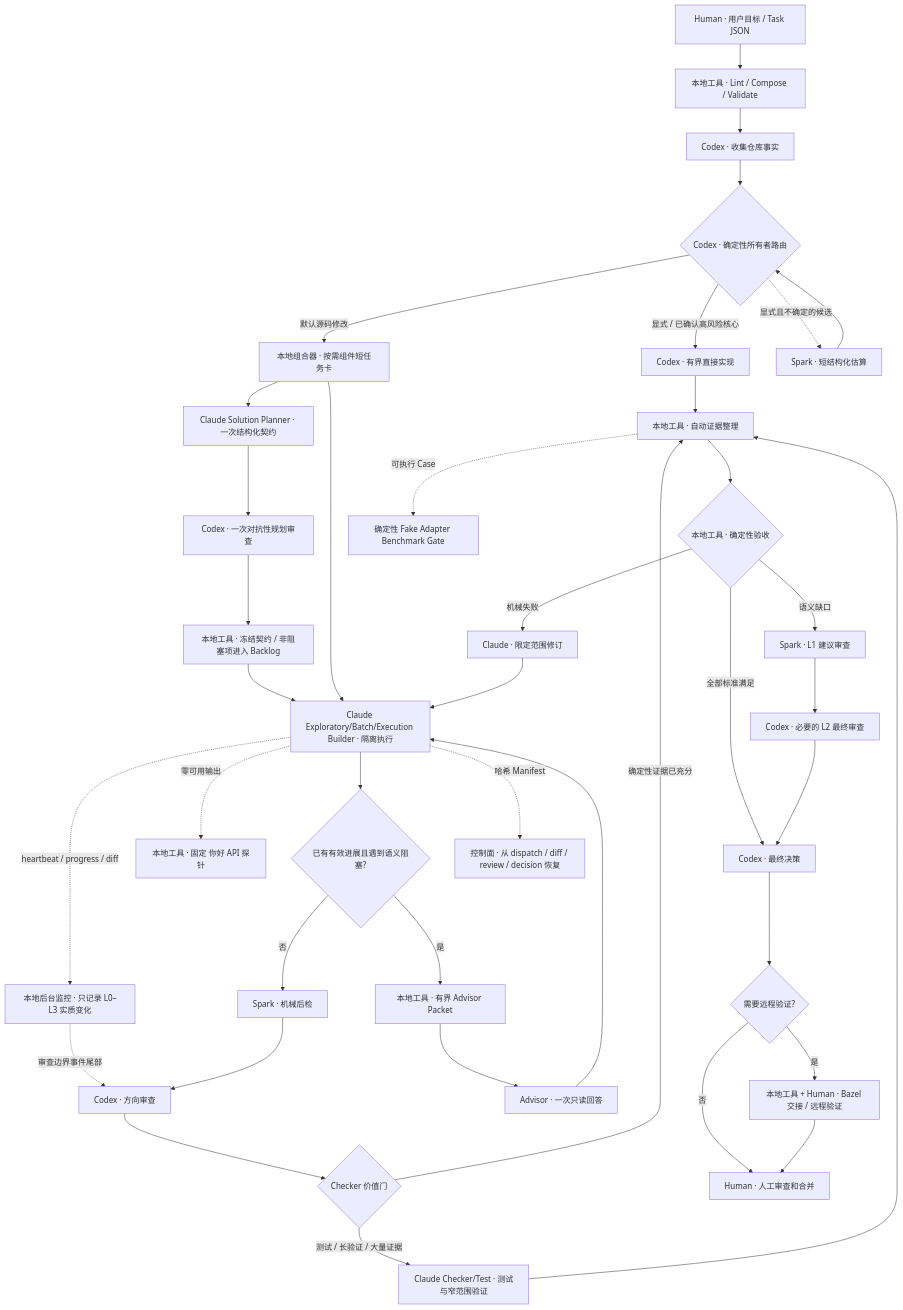
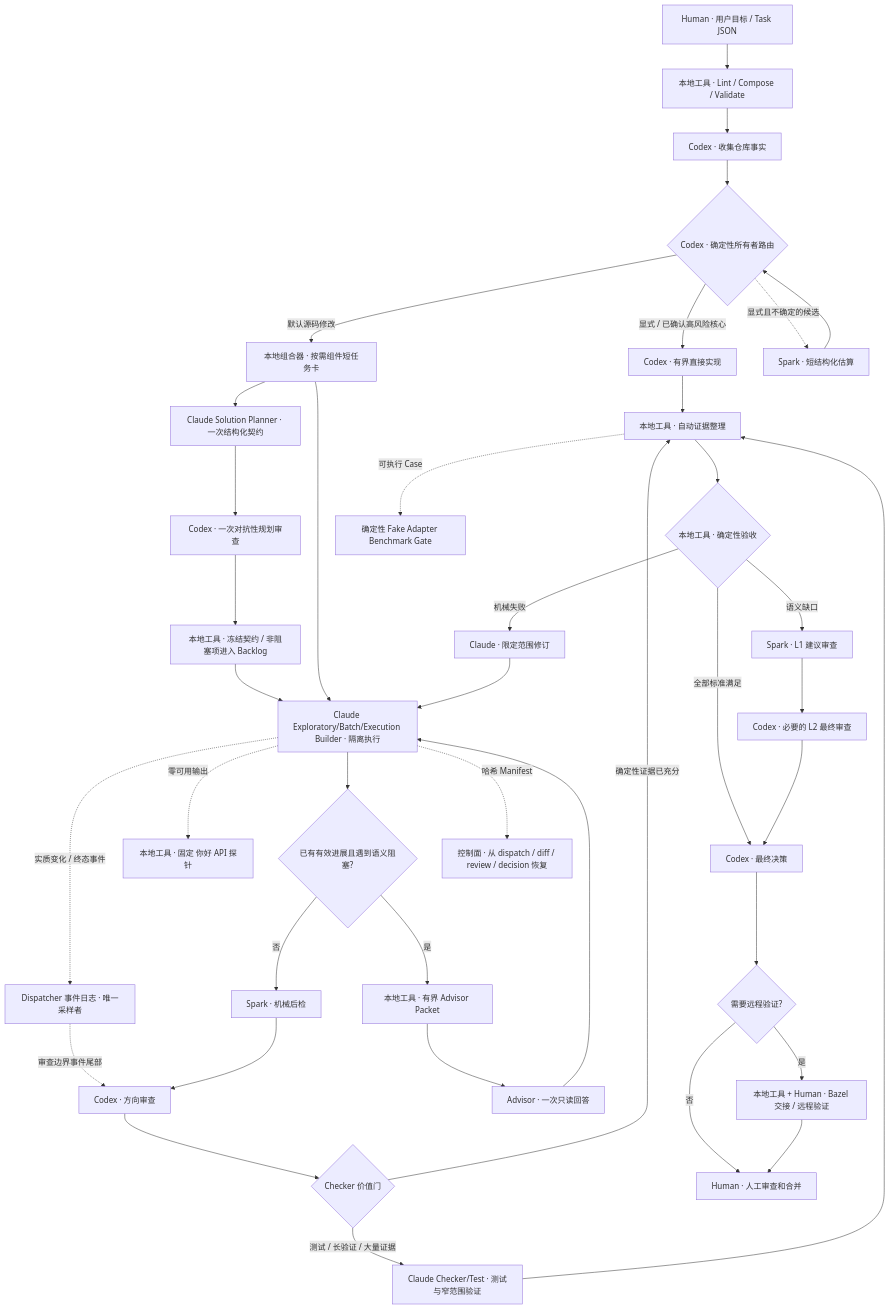
Before and after one commit to luozj1020/ai-coding-workflow: the diagram in README_CN.md, drawn with Mermaid. The commit also changed other lines of this file and 61 other files, not shown here.

````diff
--- a/README_CN.md
+++ b/README_CN.md
@@ -83,42 +85,42 @@
 ```mermaid
 flowchart TD
     U[Human · 用户目标 / Task JSON] --> L[本地工具 · Lint / Compose / Validate]
     L --> F[Codex · 收集仓库事实]
     F --> R{Codex · 确定性所有者路由}
     R -- 显式 / 已确认高风险核心 --> CD[Codex · 有界直接实现]
     CD --> E
     R -- 默认源码修改 --> C[本地组合器 · 按需组件短任务卡]
     C --> CPL[Claude Solution Planner · 一次结构化契约]
     CPL --> CAR[Codex · 一次对抗性规划审查]
     CAR --> CF[本地工具 · 冻结契约 / 非阻塞项进入 Backlog]
     CF --> D
     C --> D[Claude Exploratory/Batch/Execution Builder · 隔离执行]
     R -. 显式且不确定的候选 .-> S0[Spark · 短结构化估算]
     S0 --> R
-    D -. heartbeat / progress / diff .-> MON[本地后台监控 · 只记录 L0–L3 实质变化]
+    D -. 实质变化 / 终态事件 .-> MON[Dispatcher 事件日志 · 唯一采样者]
     MON -. 审查边界事件尾部 .-> CR
     D --> Q{已有有效进展且遇到语义阻塞?}
     Q -- 否 --> SP[Spark · 机械后检]
     Q -- 是 --> AP[本地工具 · 有界 Advisor Packet]
     AP --> AV[Advisor · 一次只读回答]
     AV --> D
     D -. 零可用输出 .-> HP[本地工具 · 固定 你好 API 探针]
     SP --> CR[Codex · 方向审查]
     CR --> CV{Checker 价值门}
     CV -- 确定性证据已充分 --> E
     CV -- 测试 / 长验证 / 大量证据 --> CT[Claude Checker/Test · 测试与窄范围验证]
     CT --> E[本地工具 · 自动证据整理]
     E --> A{本地工具 · 确定性验收}
     A -- 机械失败 --> LR[Claude · 限定范围修订]
     A -- 语义缺口 --> S[Spark · L1 建议审查]
     S --> X[Codex · 必要的 L2 最终审查]
     A -- 全部标准满足 --> FD[Codex · 最终决策]
     X --> FD
     LR --> D
     FD --> H{需要远程验证?}
     H -- 是 --> RH[本地工具 + Human · Bazel 交接 / 远程验证]
     H -- 否 --> M[Human · 人工审查和合并]
     RH --> M
     D -. 哈希 Manifest .-> RS[控制面 · 从 dispatch / diff / review / decision 恢复]
     E -. 可执行 Case .-> BM[确定性 Fake Adapter Benchmark Gate]
 ```
````
